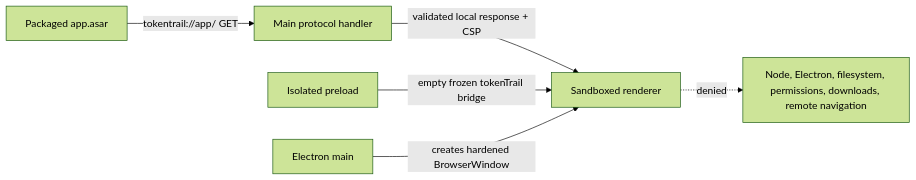
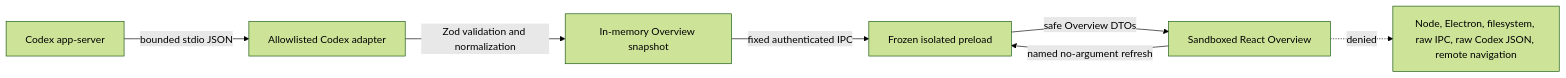
One commit to amanalip/tokentrail changed the first of 2 diagrams in docs/architecture/data-flow.md. Above: the diagram before and after it, drawn with Mermaid (forest theme). The commit also changed other lines of this file and 60 other files, not shown here.

````diff
--- a/docs/architecture/data-flow.md
+++ b/docs/architecture/data-flow.md
@@ -8,8 +8,9 @@
 ```mermaid
 flowchart LR
-    A["Packaged app.asar"] -->|"tokentrail://app/ GET"| B["Main protocol handler"]
-    B -->|"validated local response + CSP"| C["Sandboxed renderer"]
-    D["Isolated preload"] -->|"empty frozen tokenTrail bridge"| C
-    E["Electron main"] -->|"creates hardened BrowserWindow"| C
-    C -. "denied" .-> F["Node, Electron, filesystem, permissions, downloads, remote navigation"]
+    C["Codex app-server"] -->|"bounded stdio JSON"| A["Allowlisted Codex adapter"]
+    A -->|"Zod validation and normalization"| S["In-memory Overview snapshot"]
+    S -->|"fixed authenticated IPC"| P["Frozen isolated preload"]
+    P -->|"safe Overview DTOs"| R["Sandboxed React Overview"]
+    R -->|"named no-argument refresh"| P
+    R -. "denied" .-> D["Node, Electron, filesystem, raw IPC, raw Codex JSON, remote navigation"]
 ```
````
